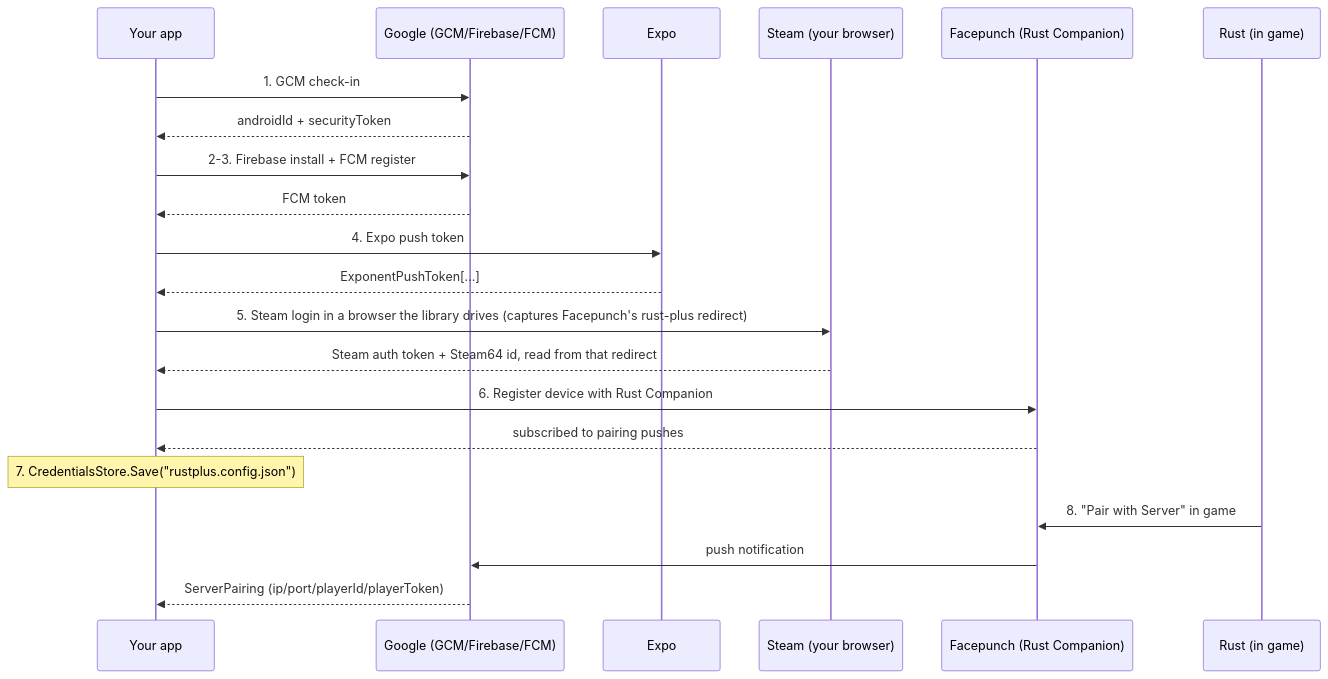
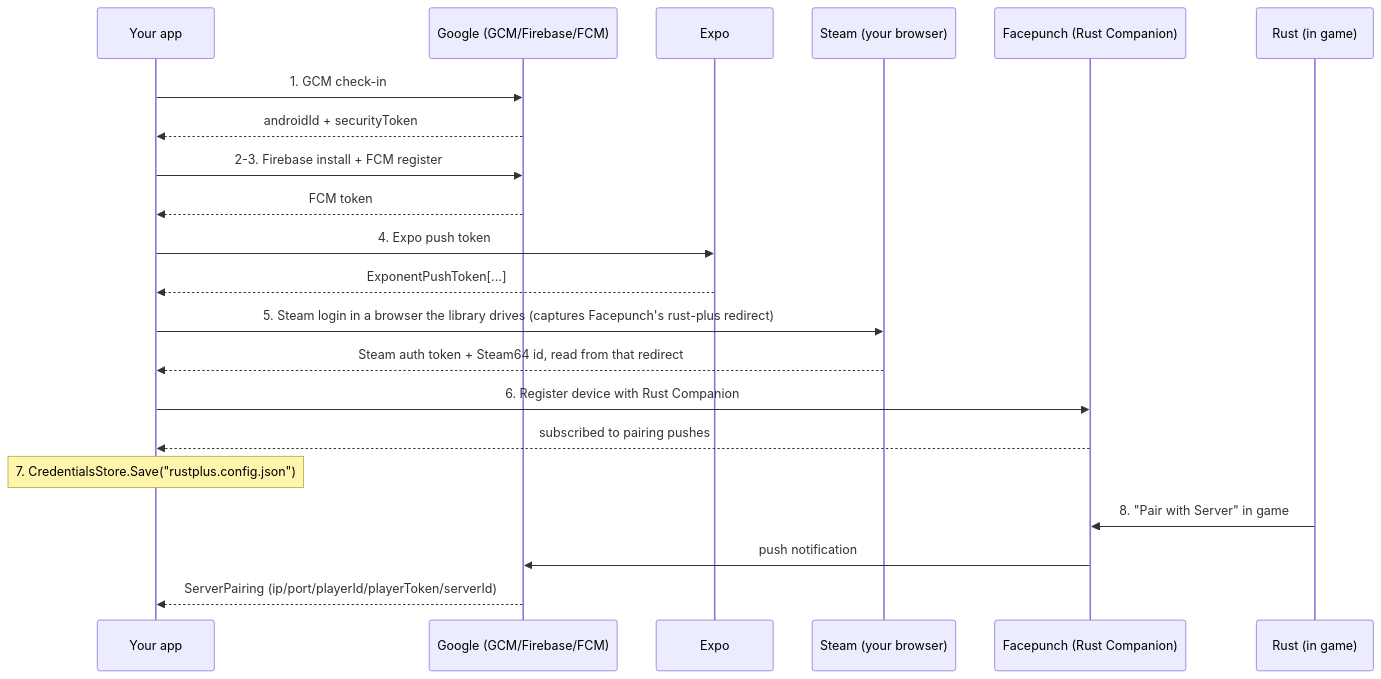
Before and after one commit to HandyS11/RustPlusApi: the diagram in docs/articles/credentials.md, drawn with Mermaid. The commit also changed other lines of this file and 62 other files, not shown here.

````diff
--- a/docs/articles/credentials.md
+++ b/docs/articles/credentials.md
@@ -50,24 +50,24 @@
 ```mermaid
 sequenceDiagram
     participant App as Your app
     participant G as Google (GCM/Firebase/FCM)
     participant E as Expo
     participant St as Steam (your browser)
     participant FP as Facepunch (Rust Companion)
     participant Game as Rust (in game)
 
     App->>G: 1. GCM check-in
     G-->>App: androidId + securityToken
     App->>G: 2-3. Firebase install + FCM register
     G-->>App: FCM token
     App->>E: 4. Expo push token
     E-->>App: ExponentPushToken[...]
     App->>St: 5. Steam login in a browser the library drives (captures Facepunch's rust-plus redirect)
     St-->>App: Steam auth token + Steam64 id, read from that redirect
     App->>FP: 6. Register device with Rust Companion
     FP-->>App: subscribed to pairing pushes
     Note over App: 7. CredentialsStore.Save("rustplus.config.json")
     Game->>FP: 8. "Pair with Server" in game
     FP->>G: push notification
-    G-->>App: ServerPairing (ip/port/playerId/playerToken)
+    G-->>App: ServerPairing (ip/port/playerId/playerToken/serverId)
 ```
````
